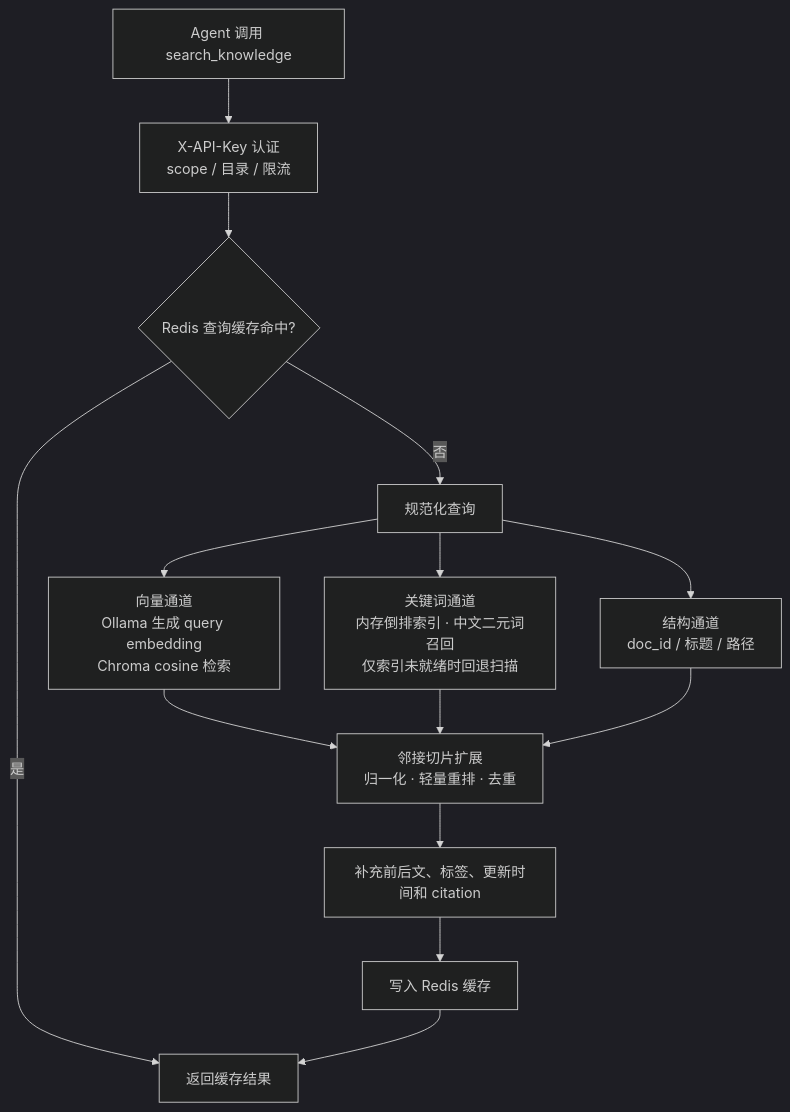
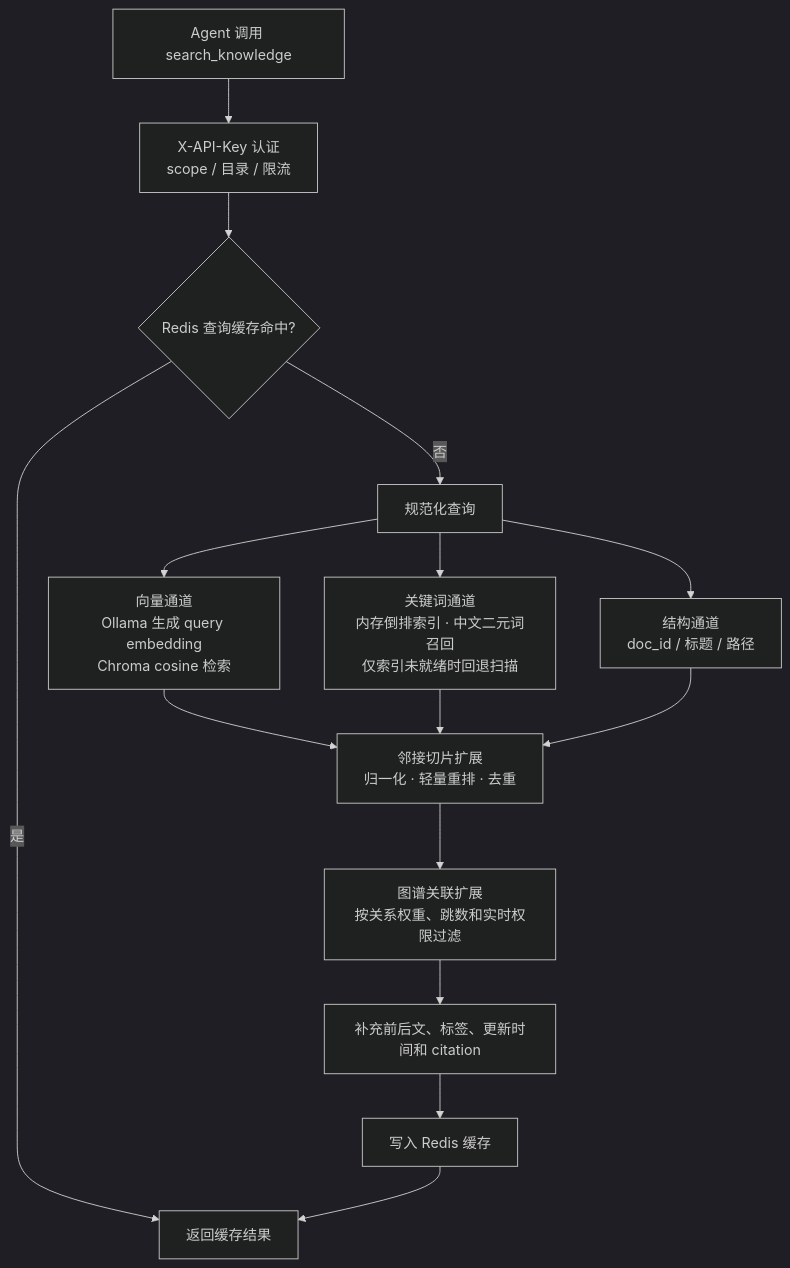
The second of 2 diagrams in README.md (KingDevatil/knowledge-base-management), drawn with Mermaid (dark theme) before and after one commit. The commit also changed other lines of this file and 29 other files, not shown here.

Commit message:
优化部署方式，增强图谱及图谱关联检索

````diff
--- a/README.md
+++ b/README.md
@@ -53,15 +55,16 @@
 ```mermaid
 flowchart TD
     Q["Agent 调用 search_knowledge"] --> A["X-API-Key 认证<br/>scope / 目录 / 限流"]
     A --> C{"Redis 查询缓存命中?"}
     C -- 是 --> R["返回缓存结果"]
     C -- 否 --> N["规范化查询"]
     N --> V["向量通道<br/>Ollama 生成 query embedding<br/>Chroma cosine 检索"]
     N --> K["关键词通道<br/>内存倒排索引 · 中文二元词召回<br/>仅索引未就绪时回退扫描"]
     N --> S["结构通道<br/>doc_id / 标题 / 路径"]
     V --> P["邻接切片扩展<br/>归一化 · 轻量重排 · 去重"]
     K --> P
     S --> P
-    P --> E["补充前后文、标签、更新时间和 citation"]
+    P --> G["图谱关联扩展<br/>按关系权重、跳数和实时权限过滤"]
+    G --> E["补充前后文、标签、更新时间和 citation"]
     E --> W["写入 Redis 缓存"] --> R
 ```
````
